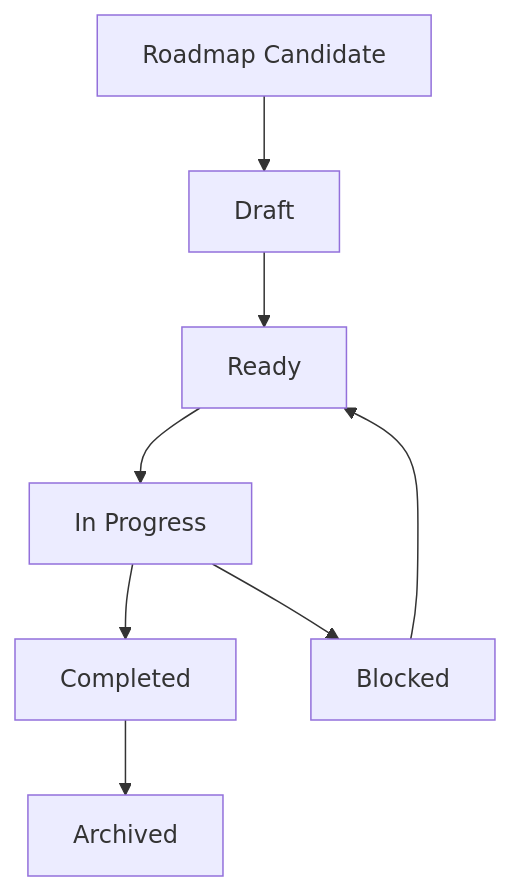
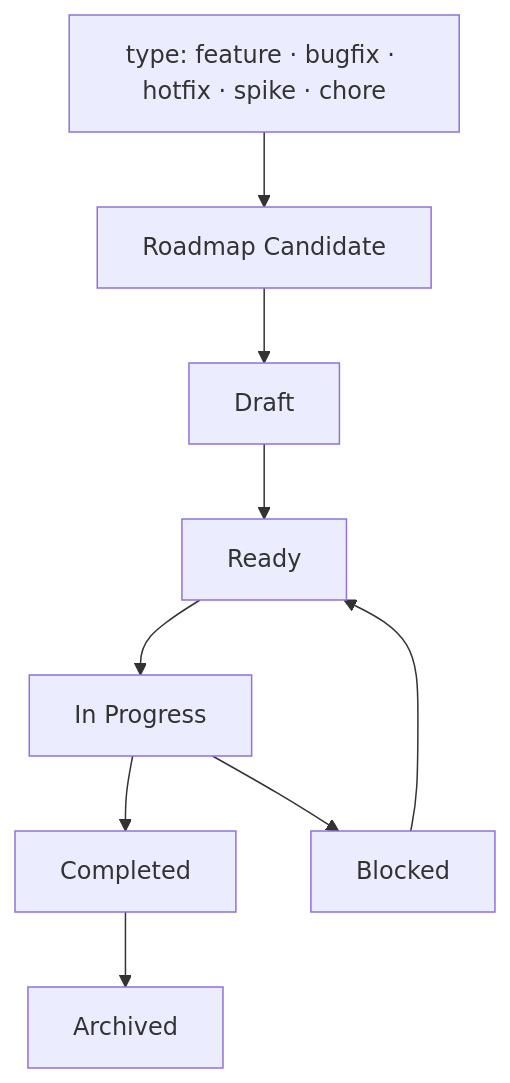
One commit to Kaddo-kdd/kaddo changed diagram 13 of 17 in apps/docs/src/content/docs/es/visual-guide.md. Above: the diagram before and after it, drawn with Mermaid. The commit also changed other lines of this file and 24 other files, not shown here.

````diff
--- a/apps/docs/src/content/docs/es/visual-guide.md
+++ b/apps/docs/src/content/docs/es/visual-guide.md
@@ -303,10 +307,11 @@
 ```mermaid
 flowchart TD
+    T["type: feature · bugfix · hotfix · spike · chore"] --> A
     A[Roadmap Candidate] --> B[Draft]
     B --> C[Ready]
     C --> D[In Progress]
     D --> E[Completed]
     E --> F[Archived]
     D --> G[Blocked]
     G --> C
 ```
````
